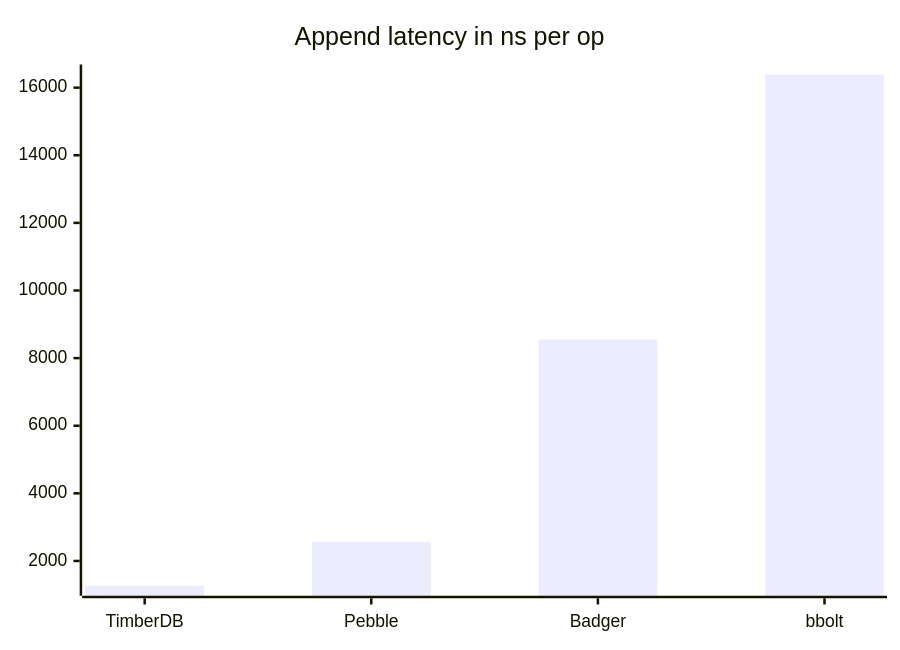
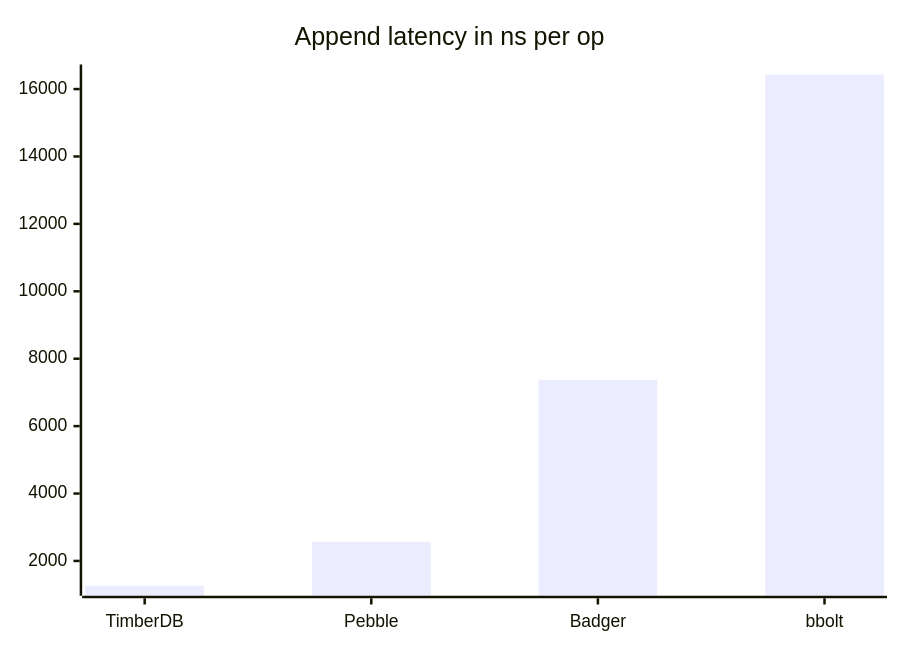
Before and after one commit to ngaddam369/timberdb: the second of 3 diagrams in README.md, drawn with Mermaid. The commit also changed other lines of this file and 18 other files, not shown here.

````diff
--- a/README.md
+++ b/README.md
@@ -60,6 +60,6 @@
 ```mermaid
 xychart-beta
     title "Append latency in ns per op"
     x-axis [TimberDB, Pebble, Badger, bbolt]
-    bar [1267, 2570, 8550, 16389]
+    bar [1264, 2570, 7373, 16432]
 ```
````
